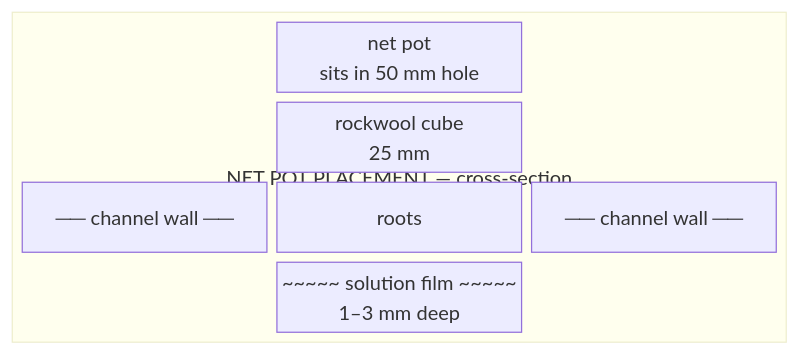
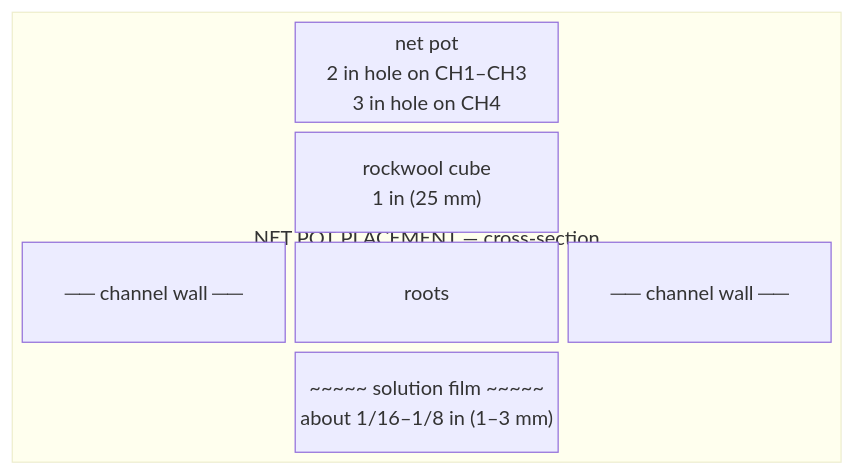
One commit to UncleJS/guide_hydroponics changed diagram 15 of 17 in guide/nft/11-build-guide.md. Above: the diagram before and after it, drawn with Mermaid. The commit also changed other lines of this file and 35 other files, not shown here.

````diff
--- a/guide/nft/11-build-guide.md
+++ b/guide/nft/11-build-guide.md
@@ -796,17 +810,17 @@
 ```mermaid
 block-beta
     columns 1
     block:xsec["NET POT PLACEMENT — cross-section"]:1
         columns 3
         space
-        NETPOT["net pot<br/>sits in 50 mm hole"]
+        NETPOT["net pot<br/>2 in hole on CH1–CH3<br/>3 in hole on CH4"]
         space
         space
-        CUBE["rockwool cube<br/>25 mm"]
+        CUBE["rockwool cube<br/>1 in (25 mm)"]
         space
         WALL1["── channel wall ──"] ROOTS["roots"] WALL2["── channel wall ──"]
         space
-        FILM["~~~~~ solution film ~~~~~<br/>1–3 mm deep"]
+        FILM["~~~~~ solution film ~~~~~<br/>about 1/16–1/8 in (1–3 mm)"]
         space
     end
 ```
````
